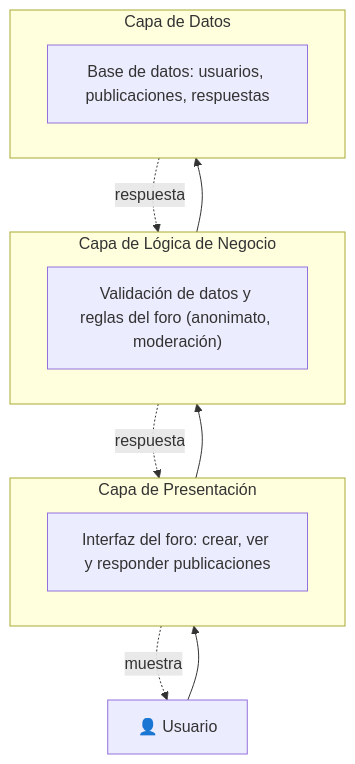
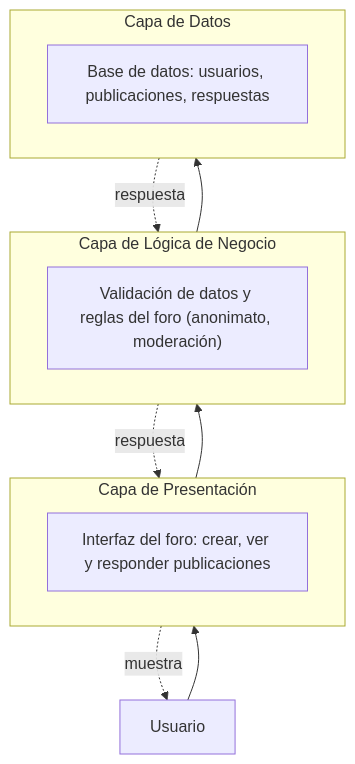
Before and after one commit to Nemesis-dev18/Pagina_detox_pantallas-: the diagram in README.md, drawn with Mermaid. The commit also changed other lines of this file, not shown here.

````diff
--- a/README.md
+++ b/README.md
@@ -79,15 +83,15 @@
 ```mermaid
 flowchart TD
-    U["👤 Usuario"] --> P
+    U[" Usuario"] --> P
     subgraph P["Capa de Presentación"]
         P1["Interfaz del foro: crear, ver y responder publicaciones"]
     end
     subgraph L["Capa de Lógica de Negocio"]
         L1["Validación de datos y reglas del foro (anonimato, moderación)"]
     end
     subgraph D["Capa de Datos"]
         D1["Base de datos: usuarios, publicaciones, respuestas"]
     end
     P --> L --> D
     D -.respuesta.-> L -.respuesta.-> P -.muestra.-> U
 ```
````
